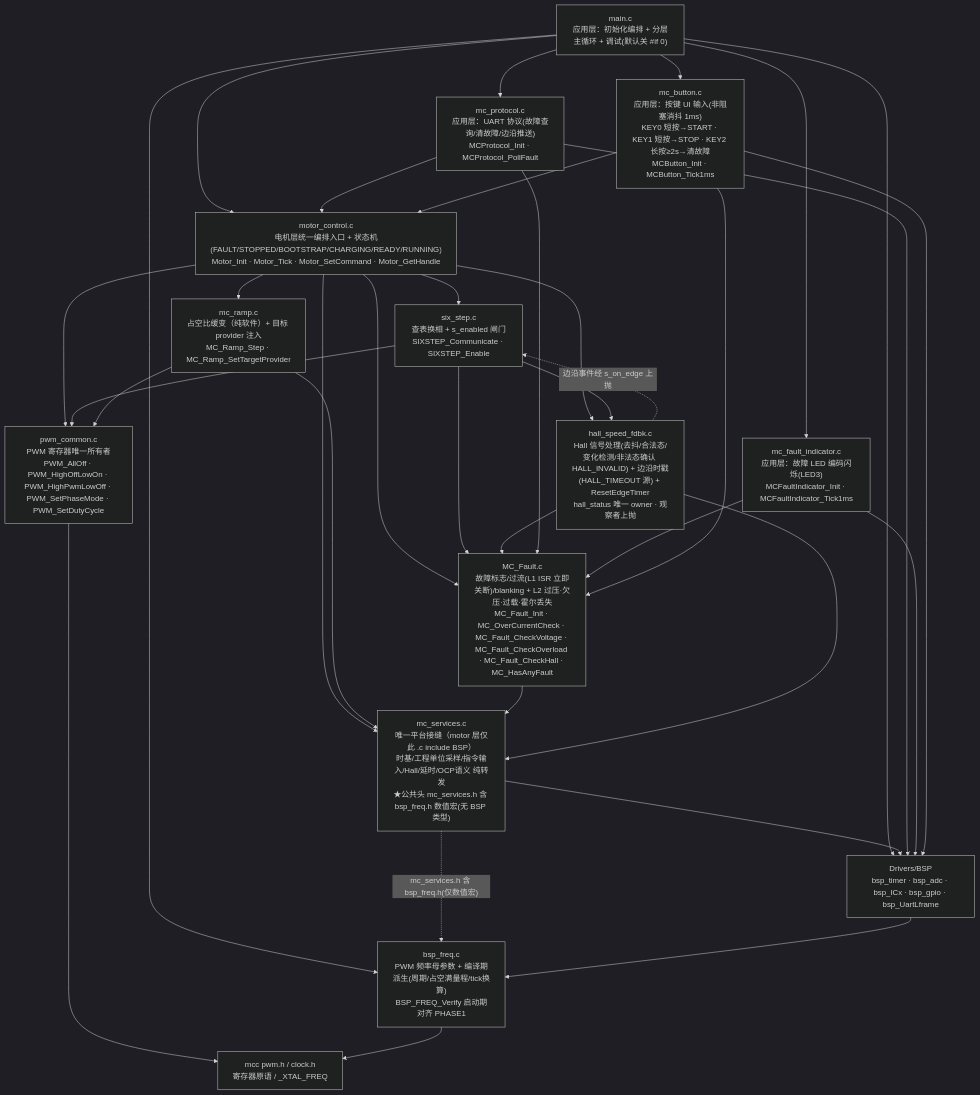
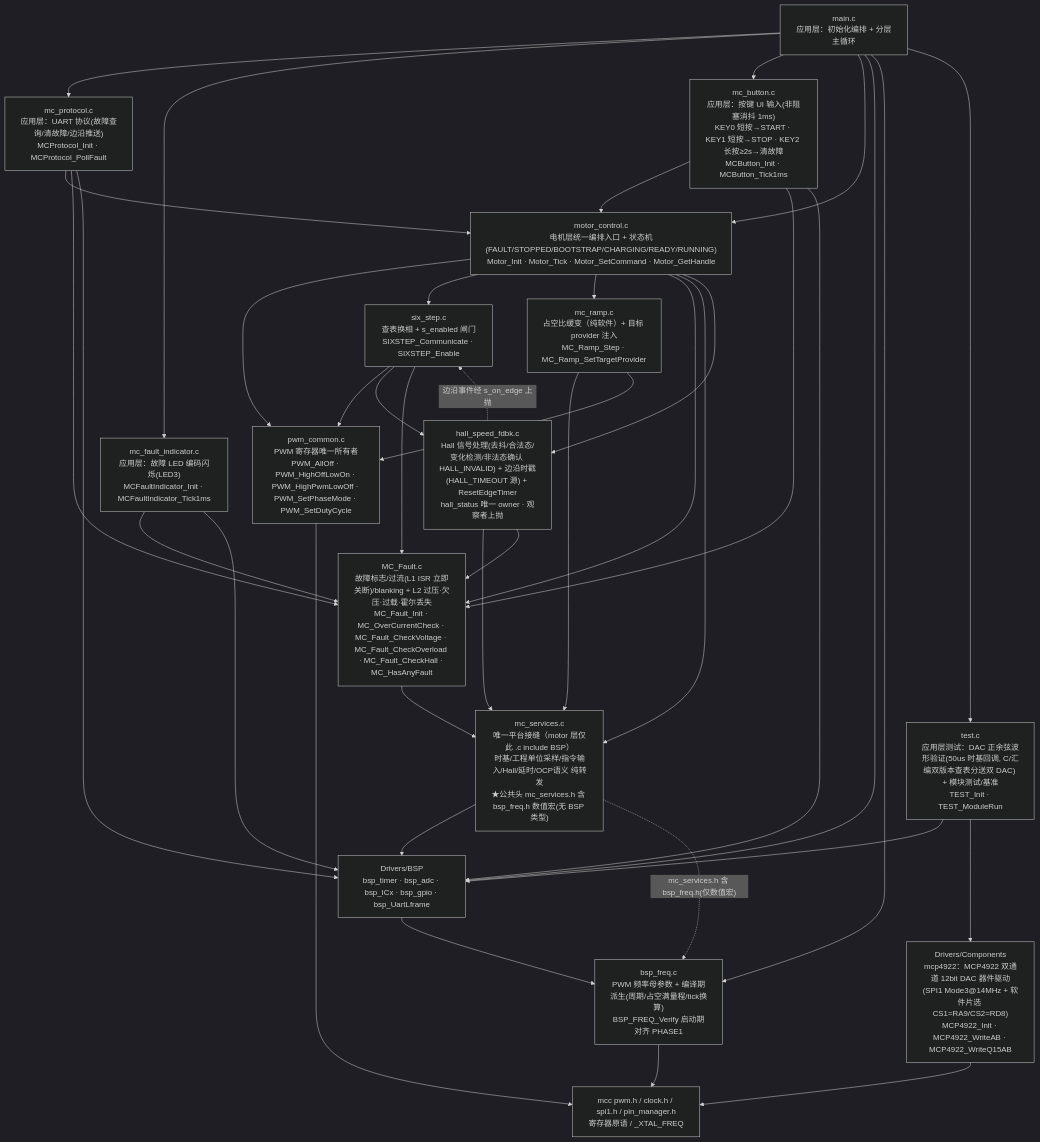
Before and after one commit to gaolang-oops/Hello_MCC.X: the first of 3 diagrams in Architecture.md, drawn with Mermaid (dark theme). The commit also changed other lines of this file and 26 other files, not shown here.

Commit message:
新增 MCP4922 DAC 驱动(SPI1)与 test 测试模块；重构段映射宏；优化 sincos 汇编寄存器分配

````diff
--- a/Architecture.md
+++ b/Architecture.md
@@ -8,52 +8,58 @@
 ```mermaid
 flowchart TD
-    APP["main.c<br/>应用层：初始化编排 + 分层主循环 + 调试(默认关 #if 0)"]
+    APP["main.c<br/>应用层：初始化编排 + 分层主循环"]
+    TEST["test.c<br/>应用层测试：DAC 正余弦波形验证(50us 时基回调, C/汇编双版本查表分送双 DAC) + 模块测试/基准<br/>TEST_Init · TEST_ModuleRun"]
     PROTO["mc_protocol.c<br/>应用层：UART 协议(故障查询/清故障/边沿推送)<br/>MCProtocol_Init · MCProtocol_PollFault"]
     IND["mc_fault_indicator.c<br/>应用层：故障 LED 编码闪烁(LED3)<br/>MCFaultIndicator_Init · MCFaultIndicator_Tick1ms"]
     BTN["mc_button.c<br/>应用层：按键 UI 输入(非阻塞消抖 1ms)<br/>KEY0 短按→START · KEY1 短按→STOP · KEY2 长按≥2s→清故障<br/>MCButton_Init · MCButton_Tick1ms"]
     MC["motor_control.c<br/>电机层统一编排入口 + 状态机(FAULT/STOPPED/BOOTSTRAP/CHARGING/READY/RUNNING)<br/>Motor_Init · Motor_Tick · Motor_SetCommand · Motor_GetHandle"]
     FLT["MC_Fault.c<br/>故障标志/过流(L1 ISR 立即关断)/blanking + L2 过压·欠压·过载·霍尔丢失<br/>MC_Fault_Init · MC_OverCurrentCheck · MC_Fault_CheckVoltage · MC_Fault_CheckOverload · MC_Fault_CheckHall · MC_HasAnyFault"]
     RAMP["mc_ramp.c<br/>占空比缓变（纯软件）+ 目标 provider 注入<br/>MC_Ramp_Step · MC_Ramp_SetTargetProvider"]
     SS["six_step.c<br/>查表换相 + s_enabled 闸门<br/>SIXSTEP_Communicate · SIXSTEP_Enable"]
     PWMC["pwm_common.c<br/>PWM 寄存器唯一所有者<br/>PWM_AllOff · PWM_HighOffLowOn · PWM_HighPwmLowOff · PWM_SetPhaseMode · PWM_SetDutyCycle"]
     HALL["hall_speed_fdbk.c<br/>Hall 信号处理(去抖/合法态/变化检测/非法态确认 HALL_INVALID) + 边沿时戳(HALL_TIMEOUT 源) + ResetEdgeTimer<br/>hall_status 唯一 owner · 观察者上抛"]
     MCS["mc_services.c<br/>唯一平台接缝（motor 层仅此 .c include BSP）<br/>时基/工程单位采样/指令输入/Hall/延时/OCP语义 纯转发<br/>★公共头 mc_services.h 含 bsp_freq.h 数值宏(无 BSP 类型)"]
-    MCC["mcc pwm.h / clock.h<br/>寄存器原语 / _XTAL_FREQ"]
+    MCC["mcc pwm.h / clock.h / spi1.h / pin_manager.h<br/>寄存器原语 / _XTAL_FREQ"]
     BSP["Drivers/BSP<br/>bsp_timer · bsp_adc · bsp_ICx · bsp_gpio · bsp_UartLframe"]
+    COMP["Drivers/Components<br/>mcp4922：MCP4922 双通道 12bit DAC 器件驱动(SPI1 Mode3@14MHz + 软件片选 CS1=RA9/CS2=RD8)<br/>MCP4922_Init · MCP4922_WriteAB · MCP4922_WriteQ15AB"]
     FREQ["bsp_freq.c<br/>PWM 频率母参数 + 编译期派生(周期/占空满量程/tick换算)<br/>BSP_FREQ_Verify 启动期对齐 PHASE1"]
 
     APP --> PROTO
     APP --> IND
     APP --> BTN
     APP --> MC
     APP --> BSP
     APP --> FREQ
+    APP --> TEST
+    TEST --> BSP
+    TEST --> COMP
+    COMP --> MCC
     MC --> PWMC
     MC --> SS
     MC --> RAMP
     MC --> FLT
     MC --> MCS
     MC --> HALL
     SS --> PWMC
     SS --> HALL
     SS --> FLT
     RAMP --> MCS
     RAMP --> PWMC
     FLT --> MCS
     PWMC --> MCC
     HALL --> MCS
     HALL --> FLT
     MCS --> BSP
     PROTO --> MC
     PROTO --> FLT
     PROTO --> BSP
     IND --> FLT
     IND --> BSP
     BTN --> MC
     BTN --> FLT
     BTN --> BSP
     MCS -. "mc_services.h 含 bsp_freq.h(仅数值宏)" .-> FREQ
     BSP --> FREQ
     FREQ --> MCC
     HALL -. "边沿事件经 s_on_edge 上抛" .-> SS
 ```
````
